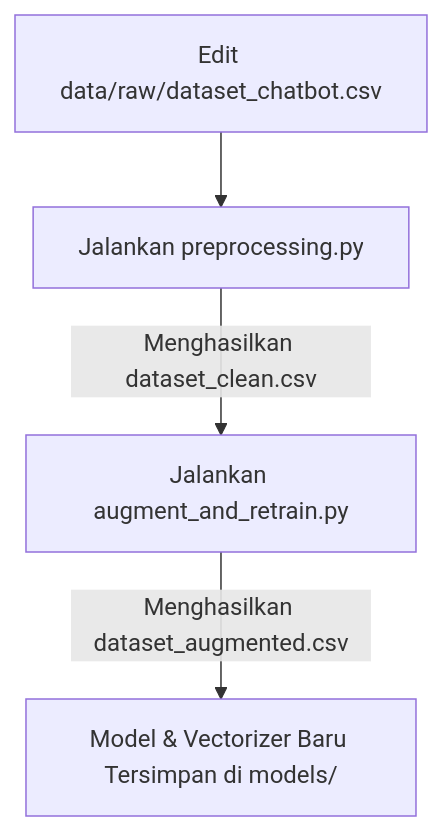
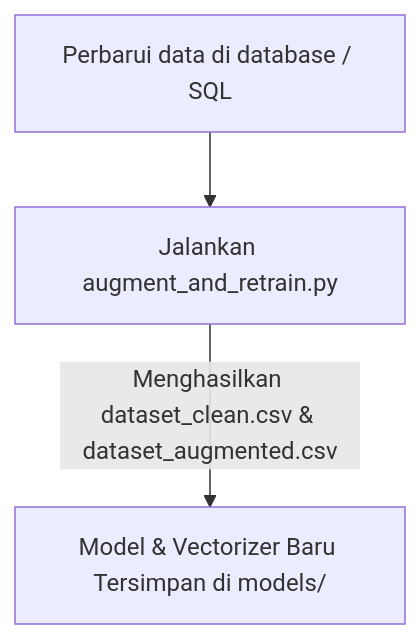
One commit to Iqbal-rgb2/chatbot_bengkel changed the diagram in DEVELOPMENT.md. Above: the diagram before and after it, drawn with Mermaid. The commit also changed other lines of this file and 52 other files, not shown here.

````diff
--- a/DEVELOPMENT.md
+++ b/DEVELOPMENT.md
@@ -41,6 +41,5 @@
 ```mermaid
 graph TD
-    A[Edit data/raw/dataset_chatbot.csv] --> B[Jalankan preprocessing.py]
-    B -->|Menghasilkan dataset_clean.csv| C[Jalankan augment_and_retrain.py]
-    C -->|Menghasilkan dataset_augmented.csv| D[Model & Vectorizer Baru Tersimpan di models/]
+    A[Perbarui data di database / SQL] --> B[Jalankan augment_and_retrain.py]
+    B -->|Menghasilkan dataset_clean.csv & dataset_augmented.csv| C[Model & Vectorizer Baru Tersimpan di models/]
 ```
````
